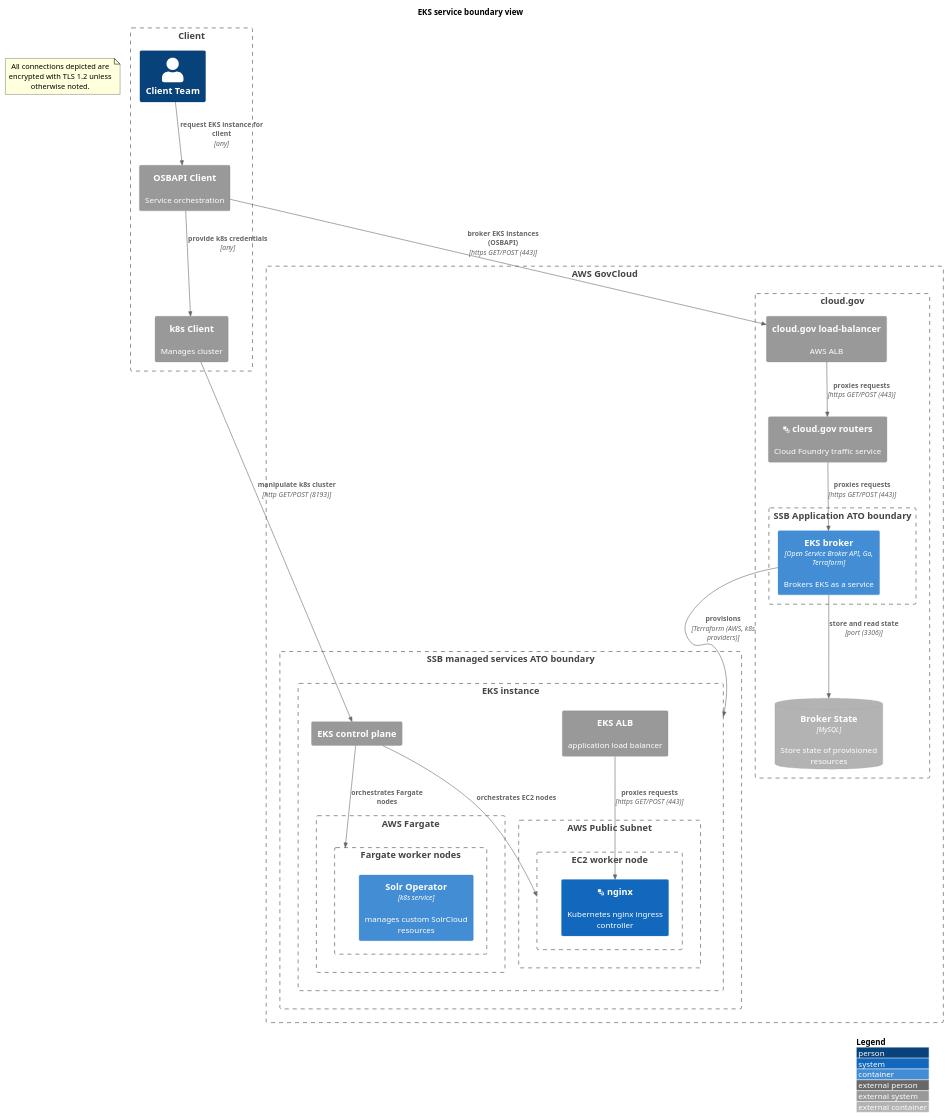
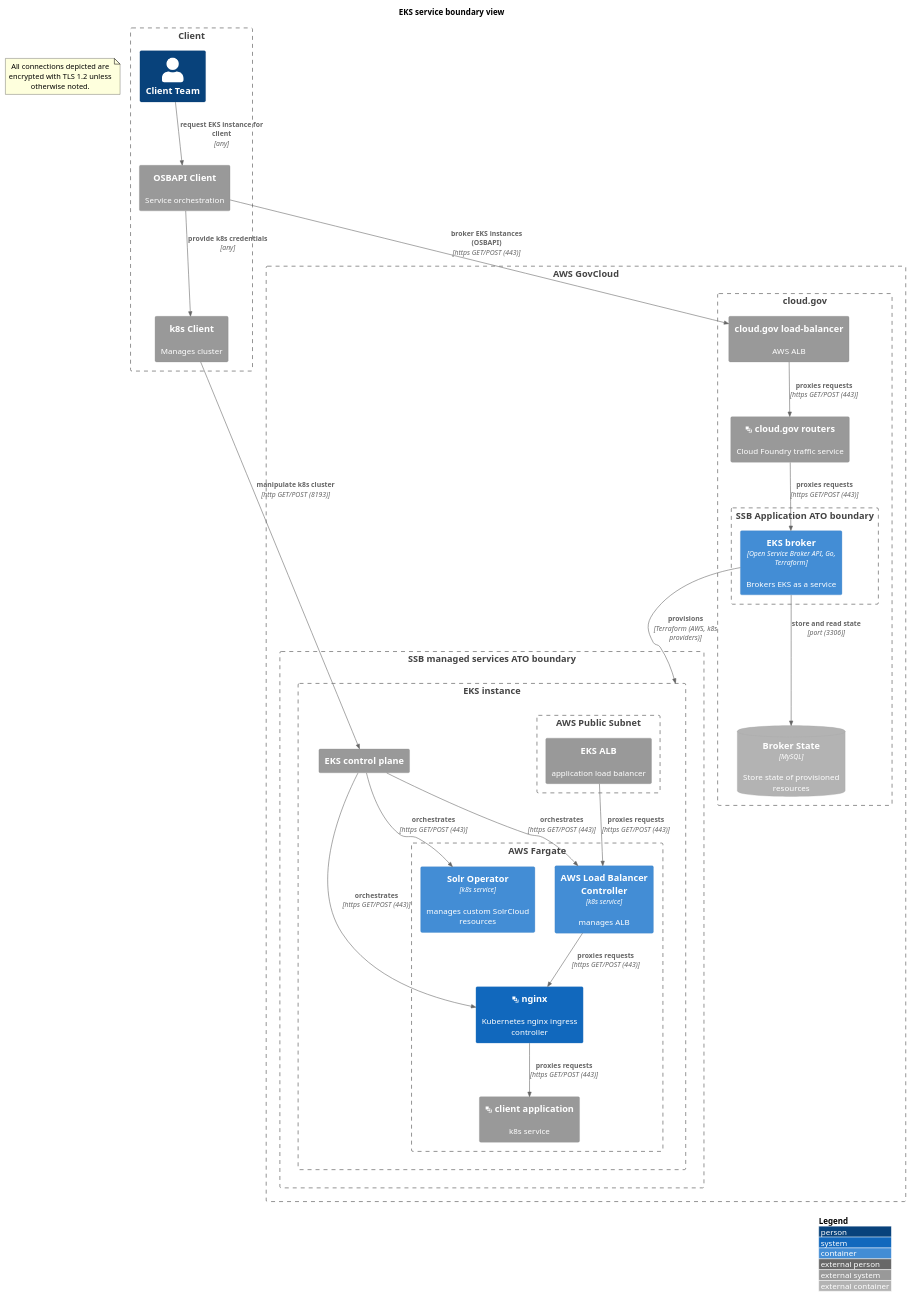
The second of 3 diagrams in solr-service-scratchpad.md (GSA/datagov-compliance), drawn with PlantUML before and after one commit. The commit also changed other lines of this file, not shown here.

Commit message:
Remove individual nodes since we're just using Fargate

````diff
--- a/solr-service-scratchpad.md
+++ b/solr-service-scratchpad.md
@@ -25,55 +25,56 @@
 ```plantuml
 @startuml
 !include https://raw.githubusercontent.com/plantuml-stdlib/C4-PlantUML/master/C4_Container.puml
 ' uncomment the following line and comment the first to use locally
 ' !include C4_Container.puml
 LAYOUT_WITH_LEGEND()
 title EKS service boundary view
 Boundary(client, "Client") {
   Person(client_team, "Client Team")
   System_Ext(osbapi_client, "OSBAPI Client", "Service orchestration")
   System_Ext(k8s_client, "k8s Client", "Manages cluster")
   Rel(osbapi_client, k8s_client, "provide k8s credentials", "any")
   Rel(client_team, osbapi_client, "request EKS instance for client", "any")
 }
 note as EncryptionNote
   All connections depicted are encrypted with TLS 1.2 unless otherwise noted.
 end note
 
 Boundary(aws, "AWS GovCloud") {
     Boundary(iaas, "SSB managed services ATO boundary") {
       Boundary(eks_instance, "EKS instance") {
-        System_Ext(aws_eks_alb, "EKS ALB", "application load balancer")
         System_Ext(aws_eks, "EKS control plane")
         Boundary(aws_fargate, "AWS Fargate") {
-          Boundary(fargate_node, "Fargate worker nodes") {
-            Container(solr_operator, "Solr Operator", "k8s service", "manages custom SolrCloud resources")
-          }
+          Container(solr_operator, "Solr Operator", "k8s service", "manages custom SolrCloud resources")
+          Container(alb_ingress, "AWS Load Balancer Controller", "k8s service", "manages ALB")
+          System(sys_eks_nginx_ingress, "<&layers> nginx", "Kubernetes nginx ingress controller")
+          System_Ext(client_app, "<&layers> client application", "k8s service")    
         }
         Boundary(aws_public_subnet, "AWS Public Subnet") {
-          Boundary(worker_node, "EC2 worker node") {
-            System(sys_eks_nginx_ingress, "<&layers> nginx", "Kubernetes nginx ingress controller")    
-          }
+          System_Ext(aws_eks_alb, "EKS ALB", "application load balancer")
         }
       }
     }
     Boundary(cloudgov, "cloud.gov") {
         System_Ext(aws_cg_alb, "cloud.gov load-balancer", "AWS ALB")
         System_Ext(cloudgov_router, "<&layers> cloud.gov routers", "Cloud Foundry traffic service")
 	Boundary(atob, "SSB Application ATO boundary") {
 	  Container(eks_app, "EKS broker", "Open Service Broker API, Go, Terraform", "Brokers EKS as a service")
         }
 	ContainerDb_Ext(eks_app_db, "Broker State", "MySQL", "Store state of provisioned resources")
     }
 }
 Rel(eks_app, eks_instance, "provisions", "Terraform (AWS, k8s providers)")
 Rel(osbapi_client, aws_cg_alb, "broker EKS instances (OSBAPI)", "https GET/POST (443)")
 Rel(aws_cg_alb, cloudgov_router, "proxies requests", "https GET/POST (443)")
 Rel(cloudgov_router, eks_app, "proxies requests", "https GET/POST (443)")
 Rel(eks_app, eks_app_db, "store and read state", "port (3306)")
 Rel(k8s_client, aws_eks, "manipulate k8s cluster", "http GET/POST (8193)")
-Rel(aws_eks, fargate_node, "orchestrates Fargate nodes")
-Rel(aws_eks, worker_node, "orchestrates EC2 nodes")
-Rel(aws_eks_alb, sys_eks_nginx_ingress, "proxies requests", "https GET/POST (443)")
+Rel(aws_eks_alb, alb_ingress, "proxies requests", "https GET/POST (443)")
+Rel(alb_ingress, sys_eks_nginx_ingress, "proxies requests", "https GET/POST (443)")
+Rel(sys_eks_nginx_ingress, client_app, "proxies requests", "https GET/POST (443)")
+Rel(aws_eks, sys_eks_nginx_ingress, "orchestrates", "https GET/POST (443)")
+Rel(aws_eks, solr_operator, "orchestrates", "https GET/POST (443)")
+Rel(aws_eks, alb_ingress, "orchestrates", "https GET/POST (443)")
 @enduml
 ```
````
